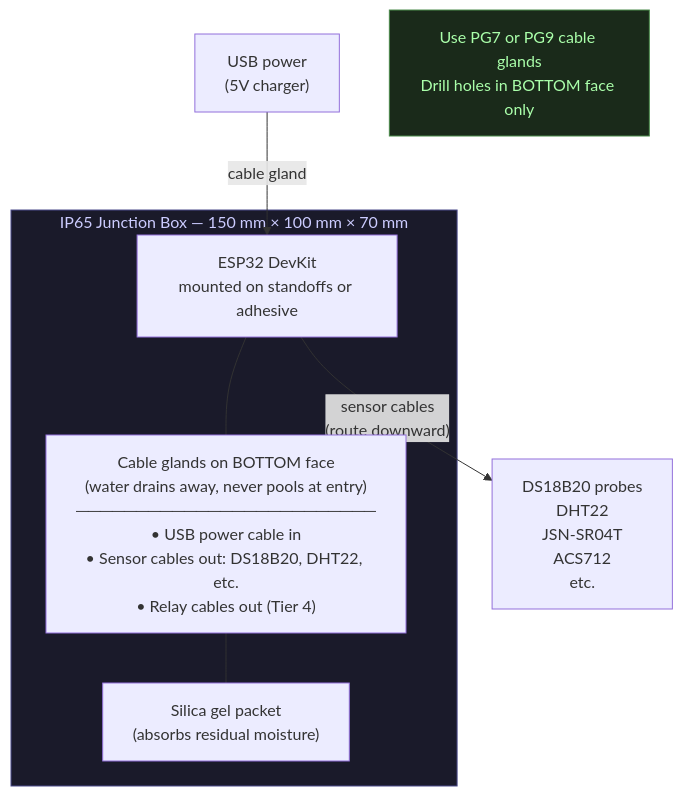
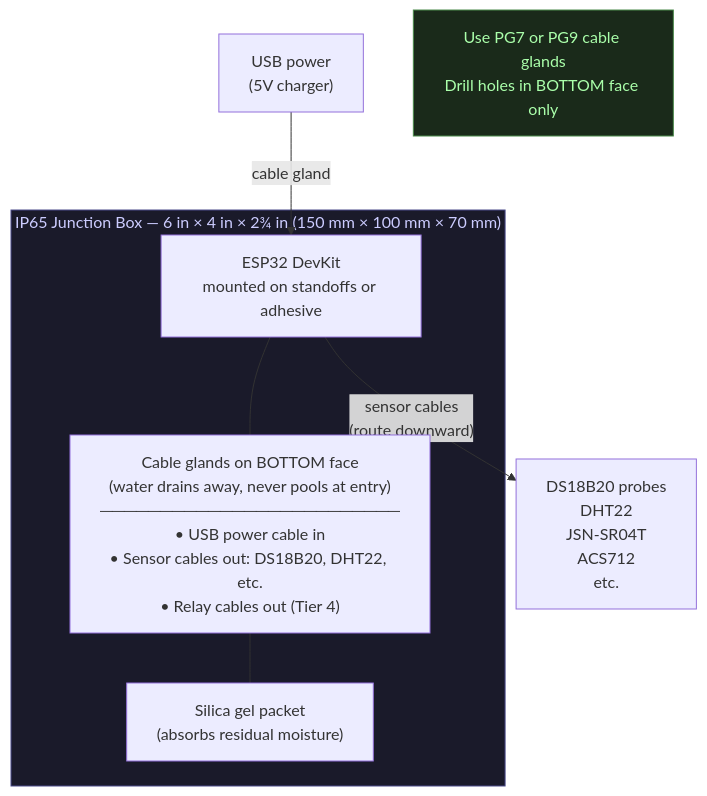
One commit to UncleJS/guide_hydroponics changed diagram 13 of 14 in guide/nft/13-automation.md. Above: the diagram before and after it, drawn with Mermaid. The commit also changed other lines of this file and 11 other files, not shown here.

````diff
--- a/guide/nft/13-automation.md
+++ b/guide/nft/13-automation.md
@@ -1508,17 +1511,17 @@
 ```mermaid
 flowchart TD
-    subgraph box["IP65 Junction Box — 150 mm × 100 mm × 70 mm"]
+    subgraph box["IP65 Junction Box — 6 in × 4 in × 2¾ in (150 mm × 100 mm × 70 mm)"]
         ESP["ESP32 DevKit<br/>mounted on standoffs or adhesive"]
         CG["Cable glands on BOTTOM face<br/>(water drains away, never pools at entry)<br/>─────────────────────────<br/>• USB power cable in<br/>• Sensor cables out: DS18B20, DHT22, etc.<br/>• Relay cables out (Tier 4)"]
         SG["Silica gel packet<br/>(absorbs residual moisture)"]
         ESP --- CG
         CG --- SG
     end
 
     USB["USB power<br/>(5V charger)"] -->|"cable gland"| ESP
     ESP -->|"sensor cables<br/>(route downward)"| SENSORS["DS18B20 probes<br/>DHT22<br/>JSN-SR04T<br/>ACS712<br/>etc."]
 
     note["Use PG7 or PG9 cable glands<br/>Drill holes in BOTTOM face only"]
     style note fill:#1a2a1a,stroke:#4a8a4a,color:#aaffaa
     style box fill:#1a1a2a,stroke:#4a4a8a,color:#ccccff
 ```
````
